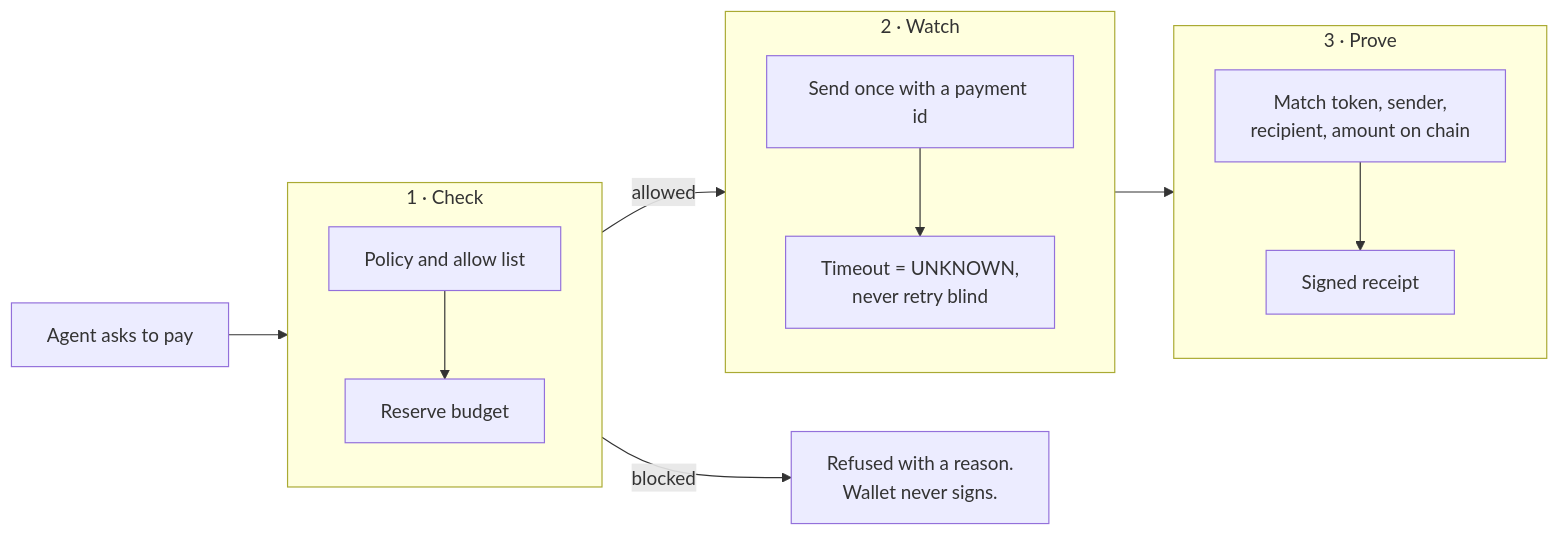
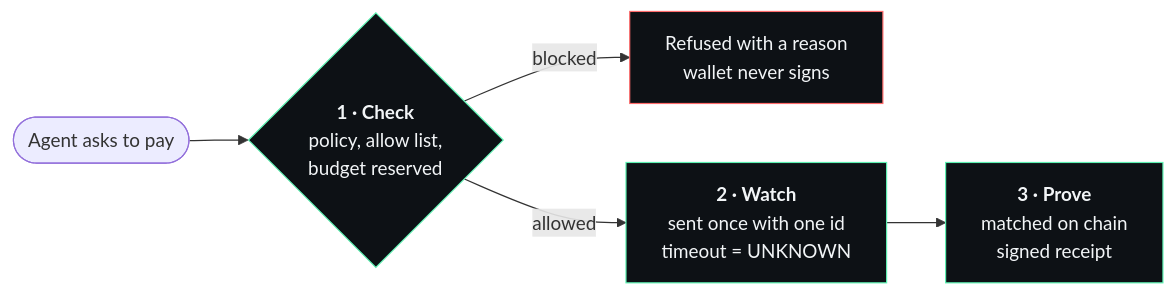
The diagram in README.md (prasanthkuna/railguard-gateway), drawn with Mermaid before and after one commit. The commit also changed other lines of this file and 2 other files, not shown here.

Commit message:
docs(readme): larger Check/Watch/Prove diagram, readable quickstart, compact proof dates

````diff
--- a/README.md
+++ b/README.md
@@ -55,16 +55,11 @@
 ```mermaid
 flowchart LR
-  A["Agent asks to pay"] --> C
-  subgraph C["1 · Check"]
-    C1["Policy and allow list"] --> C2["Reserve budget"]
-  end
-  C -- "blocked" --> X["Refused with a reason.<br/>Wallet never signs."]
-  C -- "allowed" --> W
-  subgraph W["2 · Watch"]
-    W1["Send once with a payment id"] --> W2["Timeout = UNKNOWN,<br/>never retry blind"]
-  end
-  W --> P
-  subgraph P["3 · Prove"]
-    P1["Match token, sender,<br/>recipient, amount on chain"] --> P2["Signed receipt"]
-  end
+  A([Agent asks to pay]) --> C{"<b>1 · Check</b><br/>policy, allow list,<br/>budget reserved"}
+  C -- blocked --> X["Refused with a reason<br/>wallet never signs"]
+  C -- allowed --> W["<b>2 · Watch</b><br/>sent once with one id<br/>timeout = UNKNOWN"]
+  W --> P["<b>3 · Prove</b><br/>matched on chain<br/>signed receipt"]
+  classDef ok fill:#0d1115,stroke:#5CF2B2,color:#F2F5F7
+  classDef bad fill:#0d1115,stroke:#ff6b6b,color:#F2F5F7
+  class C,W,P ok
+  class X bad
 ```
````
